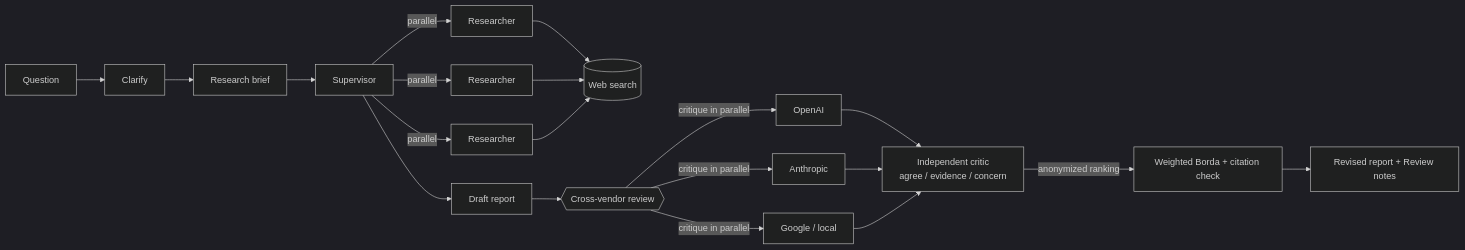
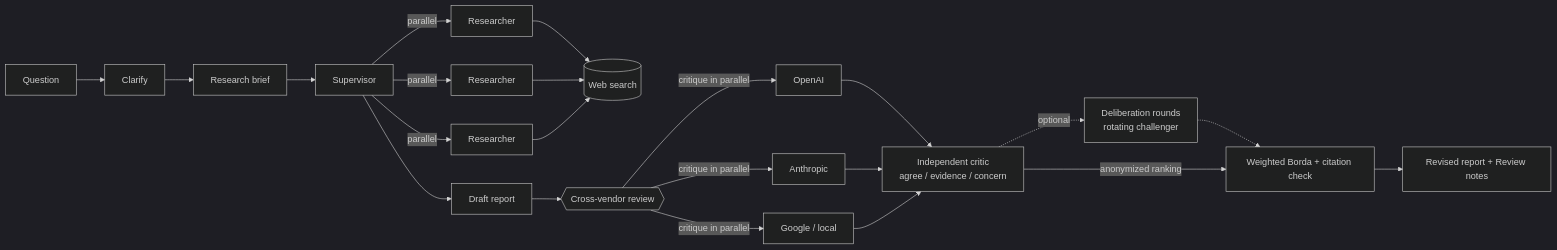
Before and after one commit to j-zulick/crossvet: the diagram in README.md, drawn with Mermaid (dark theme). The commit also changed other lines of this file and 15 other files, not shown here.

Commit message:
feat(review): deliberation rounds with rotating challengers and a sycophancy guard

````diff
--- a/README.md
+++ b/README.md
@@ -19,12 +20,14 @@
 ```mermaid
 flowchart LR
     Q[Question] --> C[Clarify] --> B[Research brief] --> S[Supervisor]
     S -->|parallel| R1[Researcher] & R2[Researcher] & R3[Researcher]
     R1 & R2 & R3 --> W[(Web search)]
     S --> F[Draft report]
     F --> X{{Cross-vendor review}}
     X -->|critique in parallel| M1[OpenAI] & M2[Anthropic] & M3[Google / local]
     M1 & M2 & M3 --> K[Independent critic<br/>agree / evidence / concern]
+    K -.->|optional| D[Deliberation rounds<br/>rotating challenger]
+    D -.-> V
     K -->|anonymized ranking| V[Weighted Borda + citation check]
     V --> FR[Revised report + Review notes]
 ```
````
